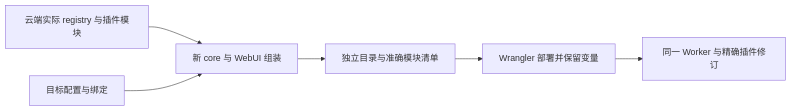
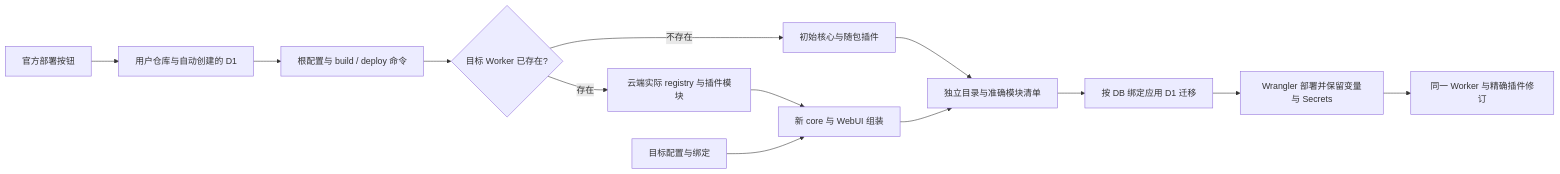
One commit to shengyusi-SYS/musicfs changed diagram 12 of 13 in docs/architecture/diagrams.md. Above: the diagram before and after it, drawn with Mermaid. The commit also changed other lines of this file and 21 other files, not shown here.

````diff
--- a/docs/architecture/diagrams.md
+++ b/docs/architecture/diagrams.md
@@ -293,8 +293,15 @@
 ```mermaid
 flowchart LR
+  Button[官方部署按钮] --> Clone[用户仓库与自动创建的 D1]
+  Clone --> Source[根配置与 build / deploy 命令]
+  Source --> Detect{目标 Worker 已存在?}
+  Detect -->|不存在| Initial[初始核心与随包插件]
+  Detect -->|存在| Live
   Live[云端实际 registry 与插件模块] --> Assemble[新 core 与 WebUI 组装]
   Config[目标配置与绑定] --> Assemble
+  Initial --> Output
   Assemble --> Output[独立目录与准确模块清单]
-  Output --> Deploy[Wrangler 部署并保留变量]
+  Output --> Migrate[按 DB 绑定应用 D1 迁移]
+  Migrate --> Deploy[Wrangler 部署并保留变量与 Secrets]
   Deploy --> Current[同一 Worker 与精确插件修订]
 ```
````
